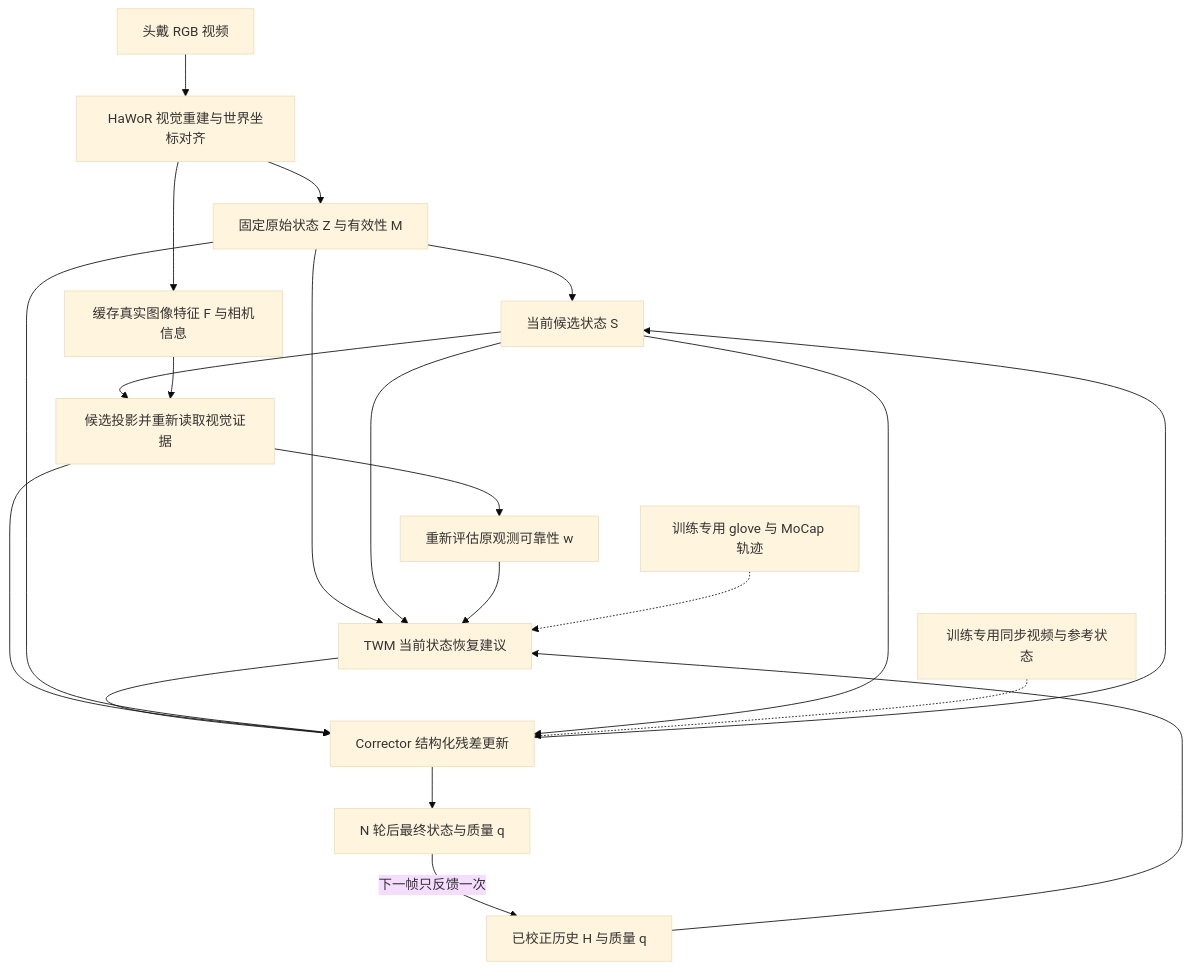
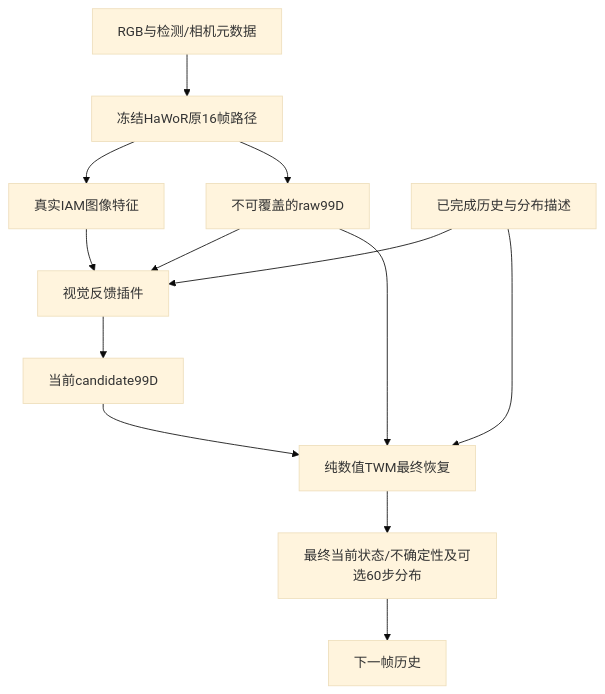
One commit to Junzhou-Chen/Hand_Reconstruction changed the diagram in MEMORY.md. Above: the diagram before and after it, drawn with Mermaid (base theme). The commit also changed other lines of this file and 21 other files, not shown here.

````diff
--- a/MEMORY.md
+++ b/MEMORY.md
@@ -118,23 +120,15 @@
 ```mermaid
 flowchart TD
-    I[头戴 RGB 视频] --> V[HaWoR 视觉重建与世界坐标对齐]
-    V --> Z[固定原始状态 Z 与有效性 M]
-    V --> F[缓存真实图像特征 F 与相机信息]
-    Z --> S[当前候选状态 S]
-    S --> E[候选投影并重新读取视觉证据]
-    F --> E
-    E --> W[重新评估原观测可靠性 w]
-    H[已校正历史 H 与质量 q] --> T[TWM 当前状态恢复建议]
+    I[RGB与检测/相机元数据] --> V[冻结HaWoR原16帧路径]
+    V --> F[真实IAM图像特征]
+    V --> Z[不可覆盖的raw99D]
+    F --> A[视觉反馈插件]
+    Z --> A
+    H[已完成历史与分布描述] --> A
+    A --> C[当前candidate99D]
+    H --> T[纯数值TWM最终恢复]
     Z --> T
-    S --> T
-    W --> T
-    T --> C[Corrector 结构化残差更新]
-    E --> C
-    Z --> C
-    S --> C
-    C --> S
-    C --> O[N 轮后最终状态与质量 q]
-    O -->|下一帧只反馈一次| H
-    G[训练专用 glove 与 MoCap 轨迹] -.-> T
-    P[训练专用同步视频与参考状态] -.-> C
+    C --> T
+    T --> O[最终当前状态/不确定性及可选60步分布]
+    O --> N[下一帧历史]
 ```
````
